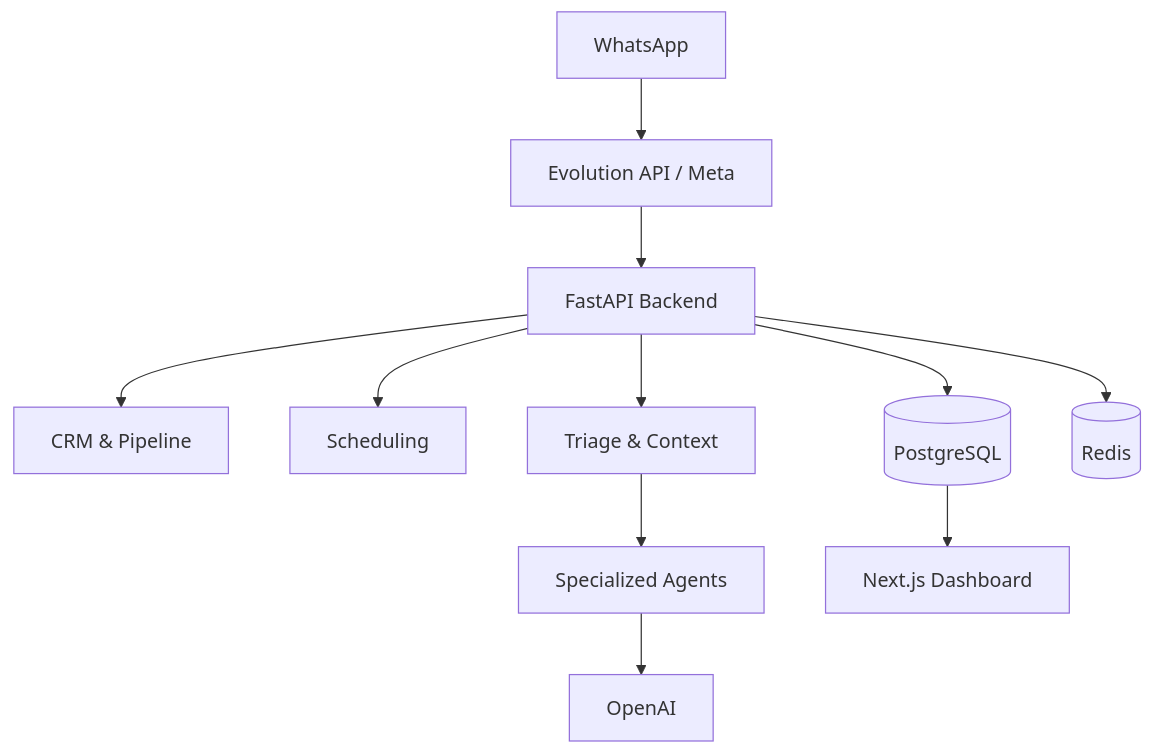
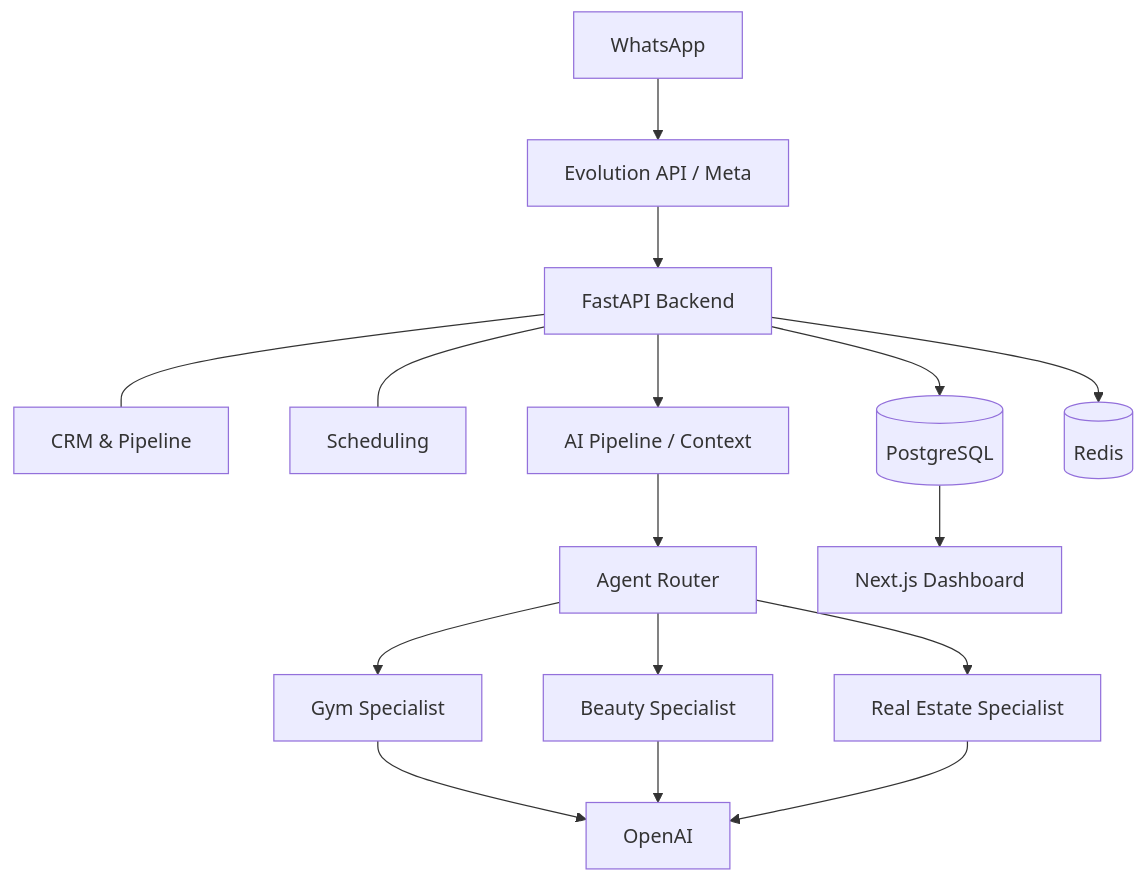
One commit to edufeq03/agentego changed the diagram in README.md. Above: the diagram before and after it, drawn with Mermaid. The commit also changed other lines of this file and 4 other files, not shown here.

````diff
--- a/README.md
+++ b/README.md
@@ -21,16 +34,23 @@
 ```mermaid
 graph TD
-    WA[WhatsApp] --> API[Evolution API / Meta]
-    API --> FA[FastAPI Backend]
-    
-    FA --> CRM[CRM & Pipeline]
-    FA --> CAL[Scheduling]
-    
-    FA --> TRI[Triage & Context]
-    TRI --> EXP[Specialized Agents]
-    EXP --> OAI[OpenAI]
-    
-    FA --> DB[(PostgreSQL)]
-    FA --> REDIS[(Redis)]
-    DB --> DASH[Next.js Dashboard]
+                 WA[WhatsApp] --> EV[Evolution API / Meta]
+                 EV --> FA[FastAPI Backend]
+                 
+                 FA --- CRM[CRM & Pipeline]
+                 FA --- CAL[Scheduling]
+                 
+                 FA --> TRI[AI Pipeline / Context]
+                 TRI --> AG[Agent Router]
+                 
+                 AG --> GYM[Gym Specialist]
+                 AG --> BEU[Beauty Specialist]
+                 AG --> RE[Real Estate Specialist]
+                 
+                 GYM --> OAI[OpenAI]
+                 BEU --> OAI
+                 RE --> OAI
+                 
+                 FA --> DB[(PostgreSQL)]
+                 FA --> RED[(Redis)]
+                 DB --> DASH[Next.js Dashboard]
 ```
````
